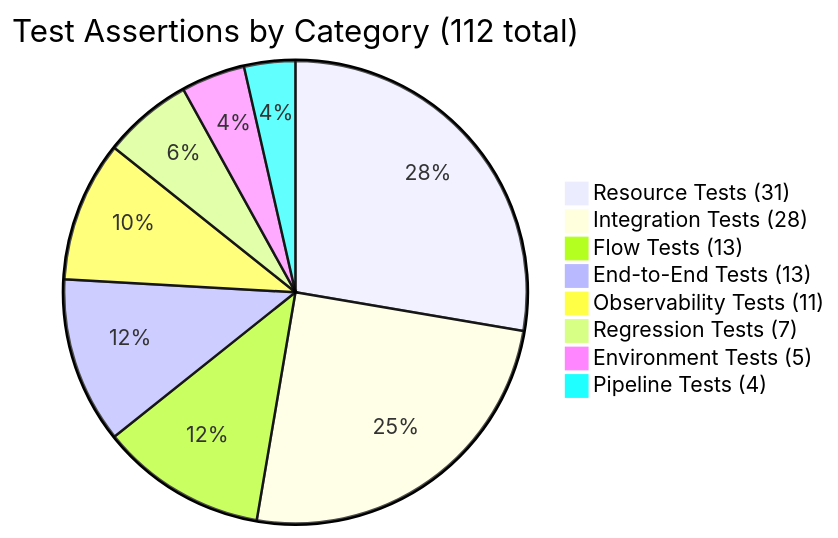
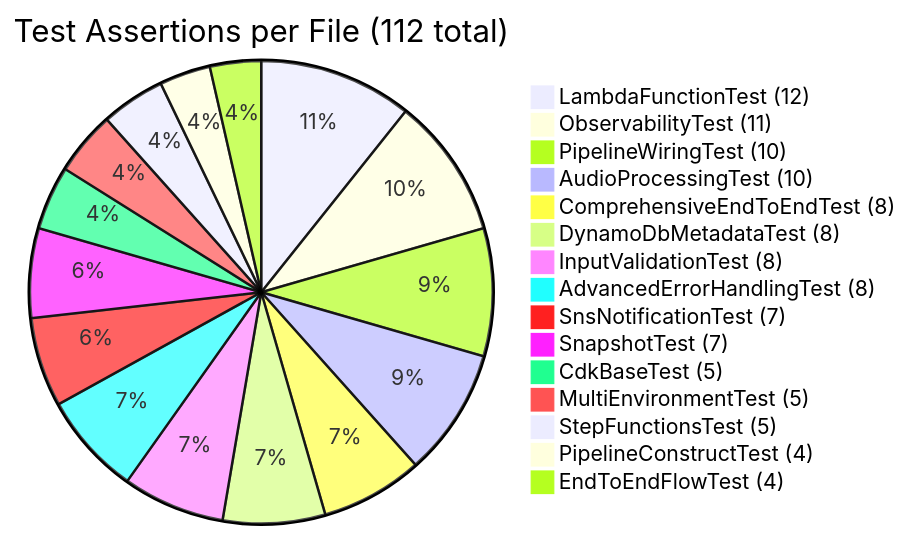
The fifth of 5 diagrams in README.md (obstreperous-ai/cdk-sleep-java-kiro), drawn with Mermaid before and after one commit. The commit also changed other lines of this file and 3 other files, not shown here.

First line of the commit message:
fix: address review issues in README diagrams and badges

````diff
--- a/README.md
+++ b/README.md
@@ -392,11 +392,18 @@
 ```mermaid
-pie title Test Assertions by Category (112 total)
-    "Resource Tests (31)" : 31
-    "Integration Tests (28)" : 28
-    "Flow Tests (13)" : 13
-    "End-to-End Tests (13)" : 13
-    "Observability Tests (11)" : 11
-    "Regression Tests (7)" : 7
-    "Environment Tests (5)" : 5
-    "Pipeline Tests (4)" : 4
+pie title Test Assertions per File (112 total)
+    "LambdaFunctionTest (12)" : 12
+    "ObservabilityTest (11)" : 11
+    "PipelineWiringTest (10)" : 10
+    "AudioProcessingTest (10)" : 10
+    "ComprehensiveEndToEndTest (8)" : 8
+    "DynamoDbMetadataTest (8)" : 8
+    "InputValidationTest (8)" : 8
+    "AdvancedErrorHandlingTest (8)" : 8
+    "SnsNotificationTest (7)" : 7
+    "SnapshotTest (7)" : 7
+    "CdkBaseTest (5)" : 5
+    "MultiEnvironmentTest (5)" : 5
+    "StepFunctionsTest (5)" : 5
+    "PipelineConstructTest (4)" : 4
+    "EndToEndFlowTest (4)" : 4
 ```
````
